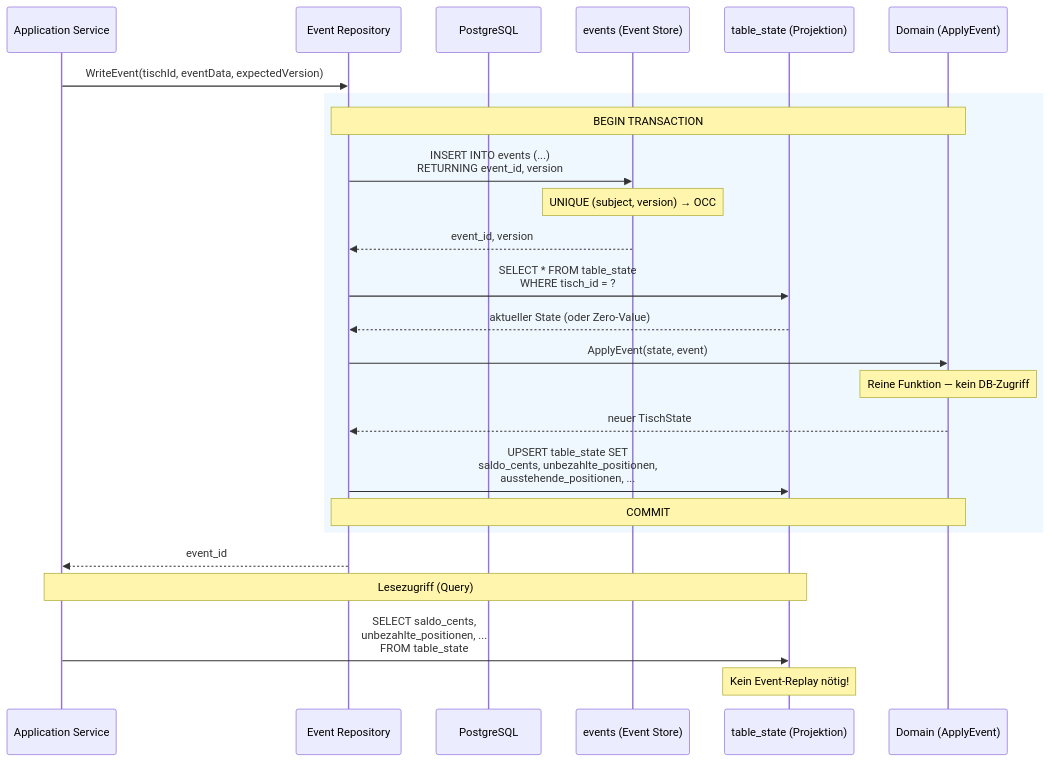
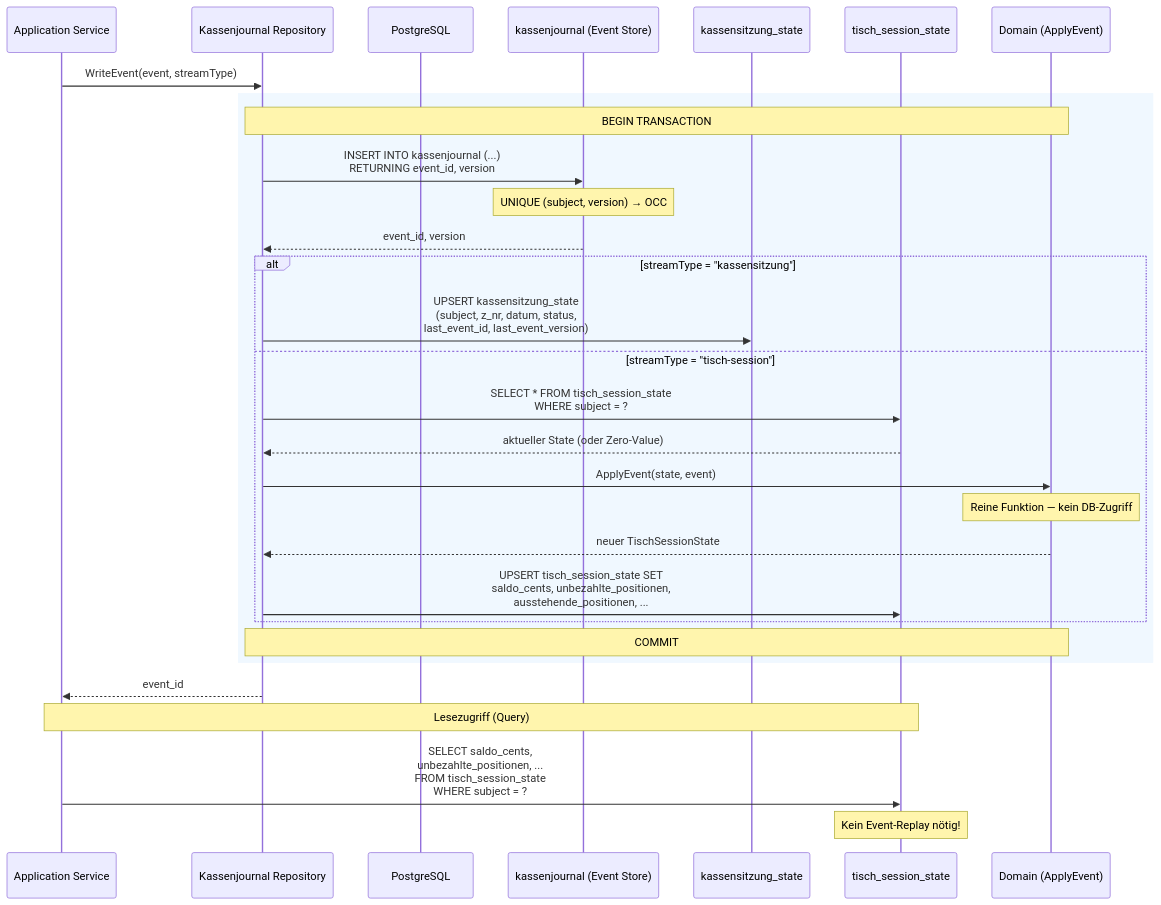
One commit to nicograef/jotti changed diagram 13 of 19 in docs/diagrams.md. Above: the diagram before and after it, drawn with Mermaid. The commit also changed other lines of this file and 16 other files, not shown here.

````diff
--- a/docs/diagrams.md
+++ b/docs/diagrams.md
@@ -536,34 +575,38 @@
 ```mermaid
 sequenceDiagram
     participant AS as Application Service
-    participant Repo as Event Repository
+    participant Repo as Kassenjournal Repository
     participant DB as PostgreSQL
-    participant ES as events (Event Store)
-    participant TS as table_state (Projektion)
+    participant KJ as kassenjournal (Event Store)
+    participant KSP as kassensitzung_state
+    participant TSS as tisch_session_state
     participant Dom as Domain (ApplyEvent)
 
-    AS->>Repo: WriteEvent(tischId, eventData, expectedVersion)
+    AS->>Repo: WriteEvent(event, streamType)
 
     rect rgb(240, 248, 255)
         Note over Repo,Dom: BEGIN TRANSACTION
-        Repo->>ES: INSERT INTO events (...)<br/>RETURNING event_id, version
-        Note over ES: UNIQUE (subject, version) → OCC
-        ES-->>Repo: event_id, version
+        Repo->>KJ: INSERT INTO kassenjournal (...)<br/>RETURNING event_id, version
+        Note over KJ: UNIQUE (subject, version) → OCC
+        KJ-->>Repo: event_id, version
 
-        Repo->>TS: SELECT * FROM table_state<br/>WHERE tisch_id = ?
-        TS-->>Repo: aktueller State (oder Zero-Value)
+        alt streamType = "kassensitzung"
+            Repo->>KSP: UPSERT kassensitzung_state<br/>(subject, z_nr, datum, status,<br/>last_event_id, last_event_version)
+        else streamType = "tisch-session"
+            Repo->>TSS: SELECT * FROM tisch_session_state<br/>WHERE subject = ?
+            TSS-->>Repo: aktueller State (oder Zero-Value)
+            Repo->>Dom: ApplyEvent(state, event)
+            Note over Dom: Reine Funktion — kein DB-Zugriff
+            Dom-->>Repo: neuer TischSessionState
+            Repo->>TSS: UPSERT tisch_session_state SET<br/>saldo_cents, unbezahlte_positionen,<br/>ausstehende_positionen, ...
+        end
 
-        Repo->>Dom: ApplyEvent(state, event)
-        Note over Dom: Reine Funktion — kein DB-Zugriff
-        Dom-->>Repo: neuer TischState
-
-        Repo->>TS: UPSERT table_state SET<br/>saldo_cents, unbezahlte_positionen,<br/>ausstehende_positionen, ...
         Note over Repo,Dom: COMMIT
     end
 
     Repo-->>AS: event_id
 
-    Note over AS,TS: Lesezugriff (Query)
-    AS->>TS: SELECT saldo_cents,<br/>unbezahlte_positionen, ...<br/>FROM table_state
-    Note over TS: Kein Event-Replay nötig!
+    Note over AS,TSS: Lesezugriff (Query)
+    AS->>TSS: SELECT saldo_cents,<br/>unbezahlte_positionen, ...<br/>FROM tisch_session_state<br/>WHERE subject = ?
+    Note over TSS: Kein Event-Replay nötig!
 ```
````
